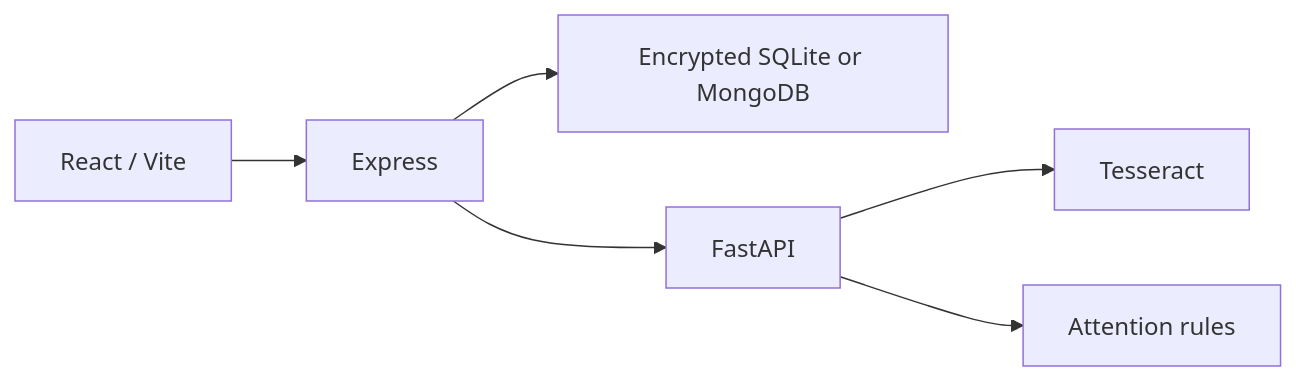
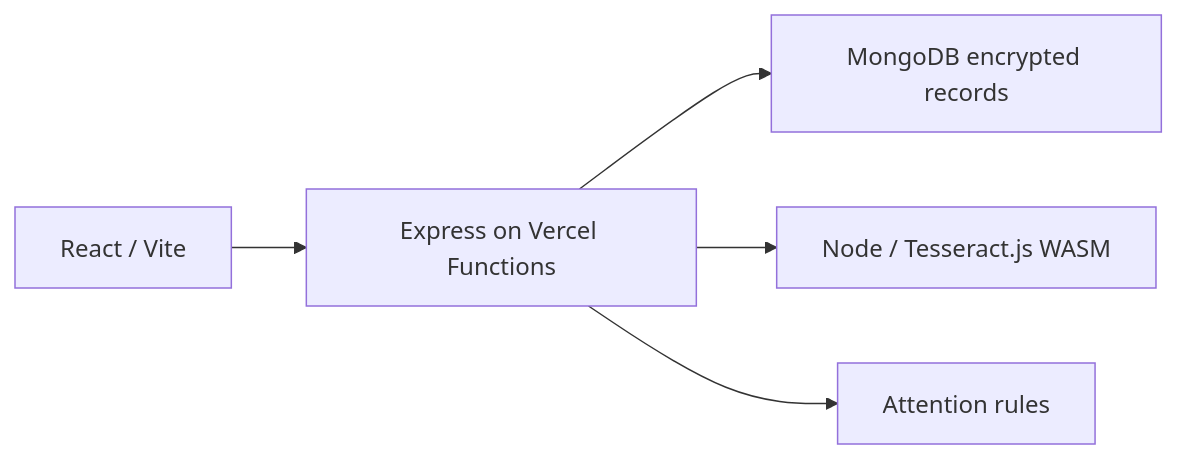
Before and after one commit to Candypopppsss/Recover_track: the diagram in docs/IMPLEMENTATION.md, drawn with Mermaid. The commit also changed other lines of this file and 19 other files, not shown here.

Commit message:
Run RecoverTrack API and OCR on Vercel Functions

````diff
--- a/docs/IMPLEMENTATION.md
+++ b/docs/IMPLEMENTATION.md
@@ -3,8 +5,7 @@
 ```mermaid
 flowchart LR
-  Web[React / Vite] --> API[Express]
-  API --> DB[Encrypted SQLite or MongoDB]
-  API --> Python[FastAPI]
-  Python --> OCR[Tesseract]
-  Python --> Rules[Attention rules]
+  Web[React / Vite] --> API[Express on Vercel Functions]
+  API --> DB[MongoDB encrypted records]
+  API --> OCR[Node / Tesseract.js WASM]
+  API --> Rules[Attention rules]
 ```
````
